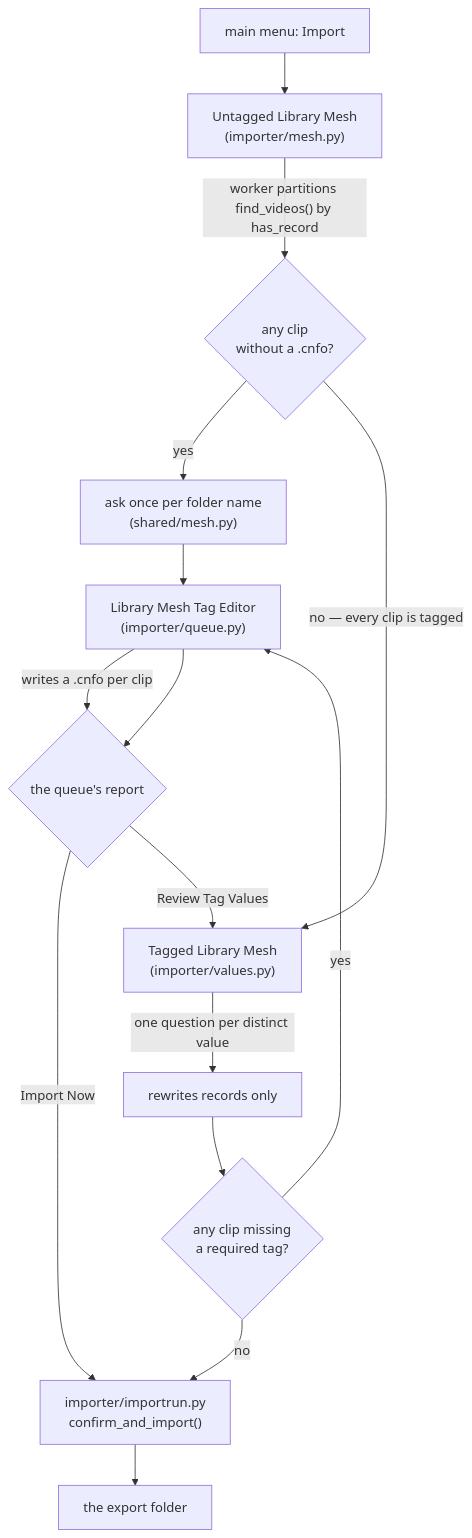
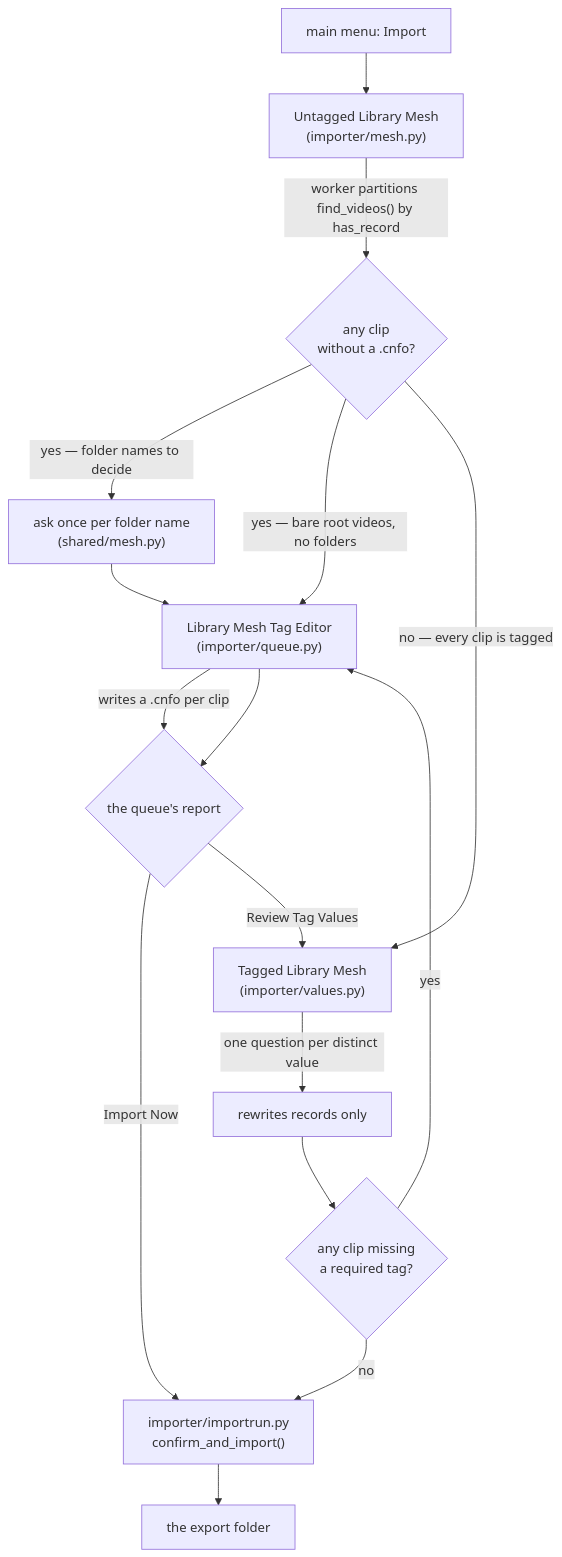
Before and after one commit to trafficman/commcut: the first of 2 diagrams in docs/importing.md, drawn with Mermaid. The commit also changed other lines of this file and 4 other files, not shown here.

Commit message:
#65, allow importing bare videos directly from import folder

````diff
--- a/docs/importing.md
+++ b/docs/importing.md
@@ -55,22 +55,23 @@
 ```mermaid
 flowchart TD
     Menu["main menu: Import"] --> Untagged["Untagged Library Mesh<br/>(importer/mesh.py)"]
 
     Untagged -->|"worker partitions find_videos() by has_record"| Scan{"any clip<br/>without a .cnfo?"}
-    Scan -->|yes| Names["ask once per folder name<br/>(shared/mesh.py)"]
+    Scan -->|"yes — folder names to decide"| Names["ask once per folder name<br/>(shared/mesh.py)"]
     Names --> Queue["Library Mesh Tag Editor<br/>(importer/queue.py)"]
+    Scan -->|"yes — bare root videos, no folders"| Queue
     Queue -->|"writes a .cnfo per clip"| Fork
 
     Scan -->|"no — every clip is tagged"| Values["Tagged Library Mesh<br/>(importer/values.py)"]
 
     Queue --> Fork{"the queue's report"}
     Fork -->|"Import Now"| Run["importer/importrun.py<br/>confirm_and_import()"]
     Fork -->|"Review Tag Values"| Values
 
     Values -->|"one question per distinct value"| Apply["rewrites records only"]
     Apply --> Residue{"any clip missing<br/>a required tag?"}
     Residue -->|yes| Queue
     Residue -->|no| Run
 
     Run --> Library["the export folder"]
 ```
````
